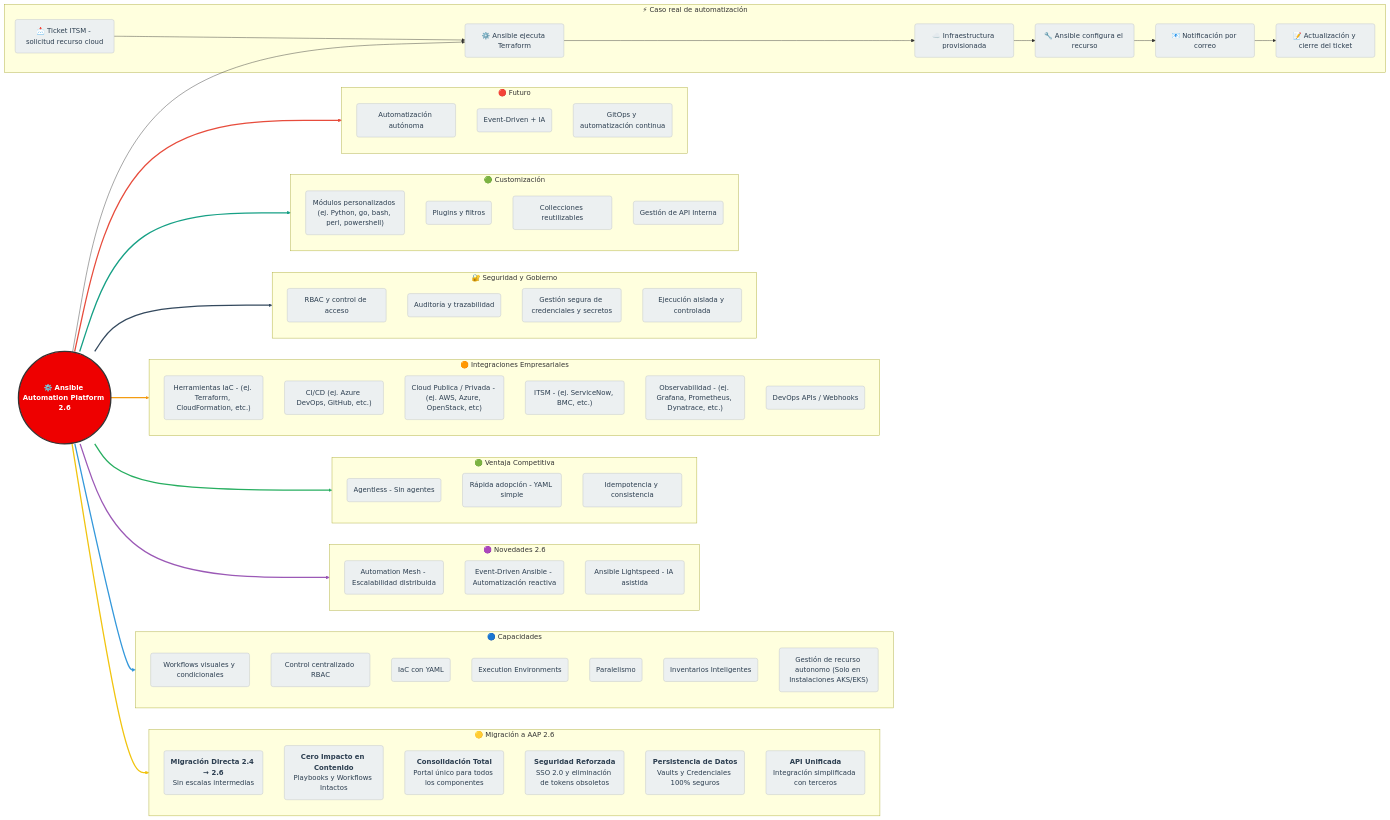
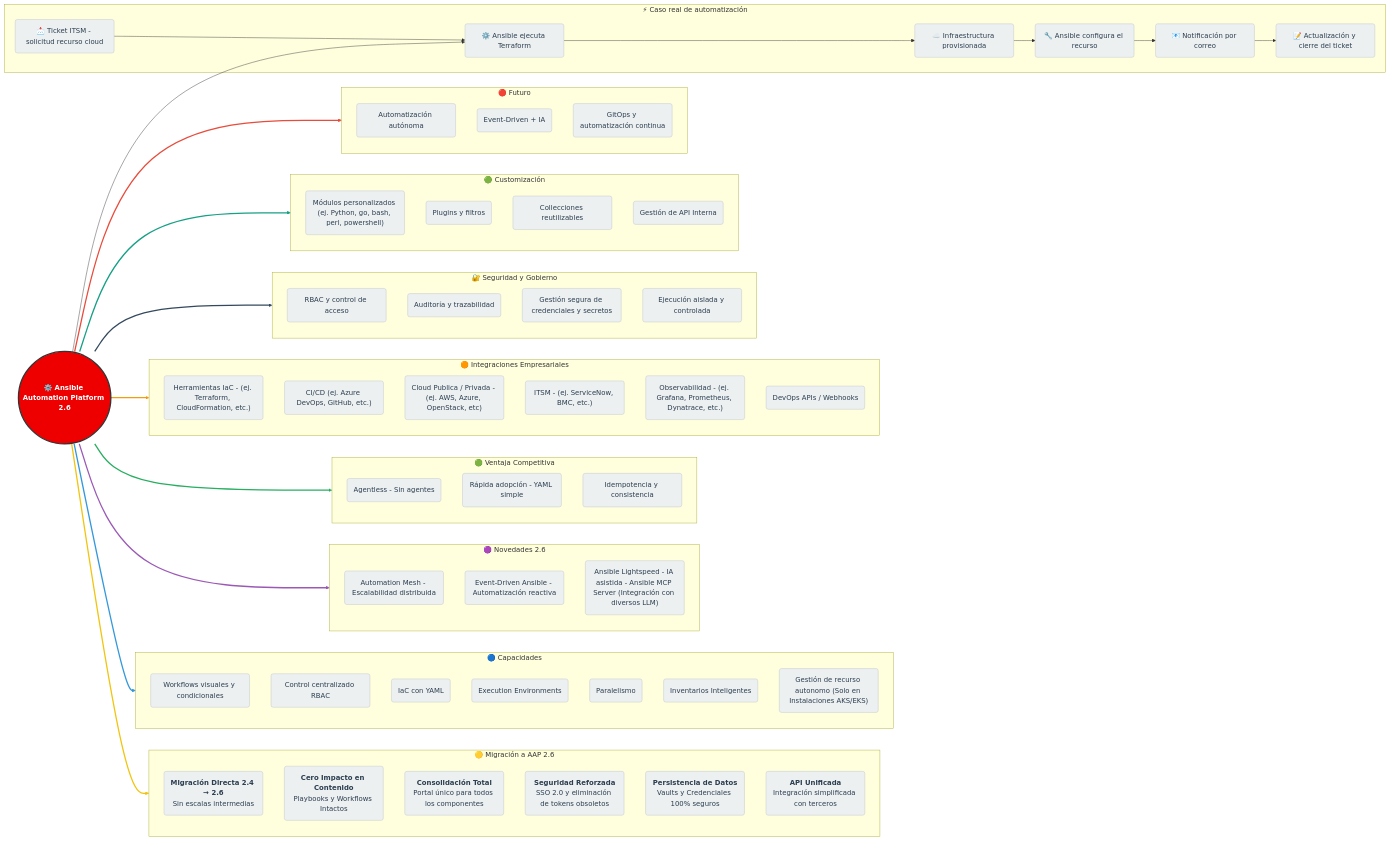
Before and after one commit to Xploit9999/Diagrama-Ansible-2.6: the diagram in README.md, drawn with Mermaid.

Commit message:
MCP Característica nueva AAP 2.6

```diff
--- a/README.md
+++ b/README.md
@@ -37,7 +37,7 @@
     subgraph NOV["🟣 Novedades 2.6"]
         N1(Automation Mesh - Escalabilidad distribuida):::detail
         N2(Event-Driven Ansible - Automatización reactiva):::detail
-        N3(Ansible Lightspeed - IA asistida):::detail
+        N3("Ansible Lightspeed - IA asistida - Ansible MCP Server (Integración con diversos LLM)"):::detail
     end
     subgraph VEN["🟢 Ventaja Competitiva"]
         V1(Agentless - Sin agentes):::detail
```
